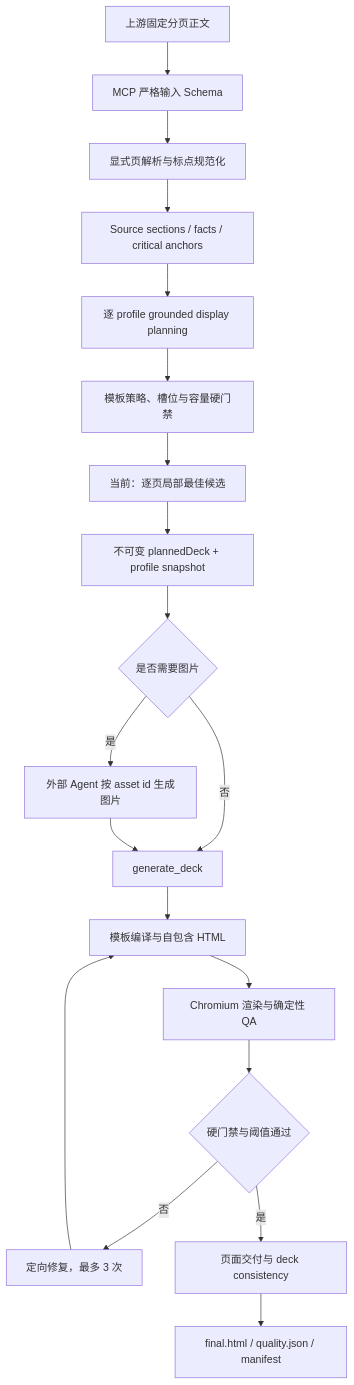
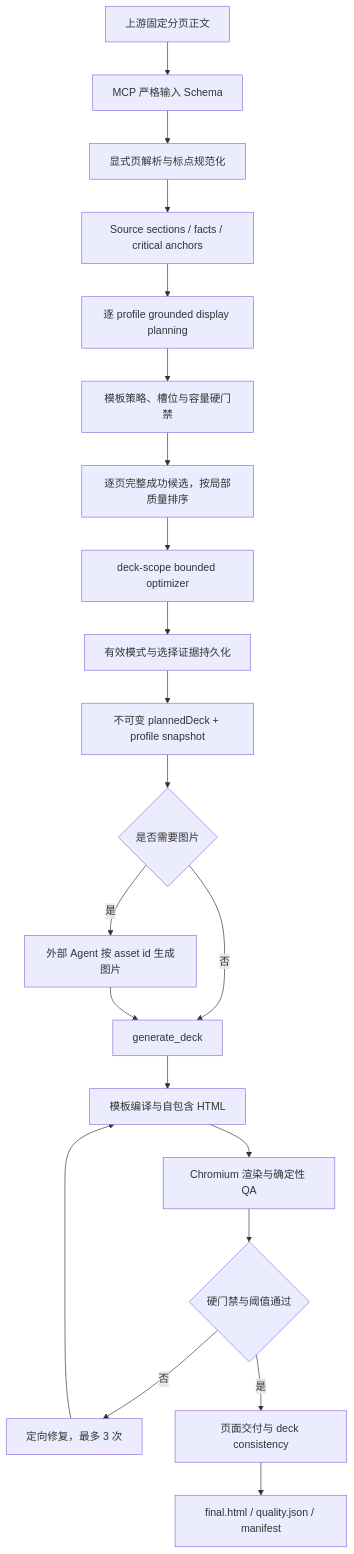
One commit to SUSTechWLA/ppt-generator-mcp changed the diagram in docs/architecture.md. Above: the diagram before and after it, drawn with Mermaid. The commit also changed other lines of this file and 3 other files, not shown here.

````diff
--- a/docs/architecture.md
+++ b/docs/architecture.md
@@ -22,21 +22,23 @@
 ```mermaid
 flowchart TD
     A["上游固定分页正文"] --> B["MCP 严格输入 Schema"]
     B --> C["显式页解析与标点规范化"]
     C --> D["Source sections / facts / critical anchors"]
     D --> E["逐 profile grounded display planning"]
     E --> F["模板策略、槽位与容量硬门禁"]
-    F --> G["当前：逐页局部最佳候选"]
-    G --> H["不可变 plannedDeck + profile snapshot"]
-    H --> I{"是否需要图片"}
+    F --> G["逐页完整成功候选，按局部质量排序"]
+    G --> H["deck-scope bounded optimizer"]
+    H --> I0["有效模式与选择证据持久化"]
+    I0 --> H0["不可变 plannedDeck + profile snapshot"]
+    H0 --> I{"是否需要图片"}
     I -- "是" --> J["外部 Agent 按 asset id 生成图片"]
     I -- "否" --> K["generate_deck"]
     J --> K
     K --> L["模板编译与自包含 HTML"]
     L --> M["Chromium 渲染与确定性 QA"]
     M --> N{"硬门禁与阈值通过"}
     N -- "否" --> O["定向修复，最多 3 次"]
     O --> L
     N -- "是" --> P["页面交付与 deck consistency"]
     P --> Q["final.html / quality.json / manifest"]
 ```
````
